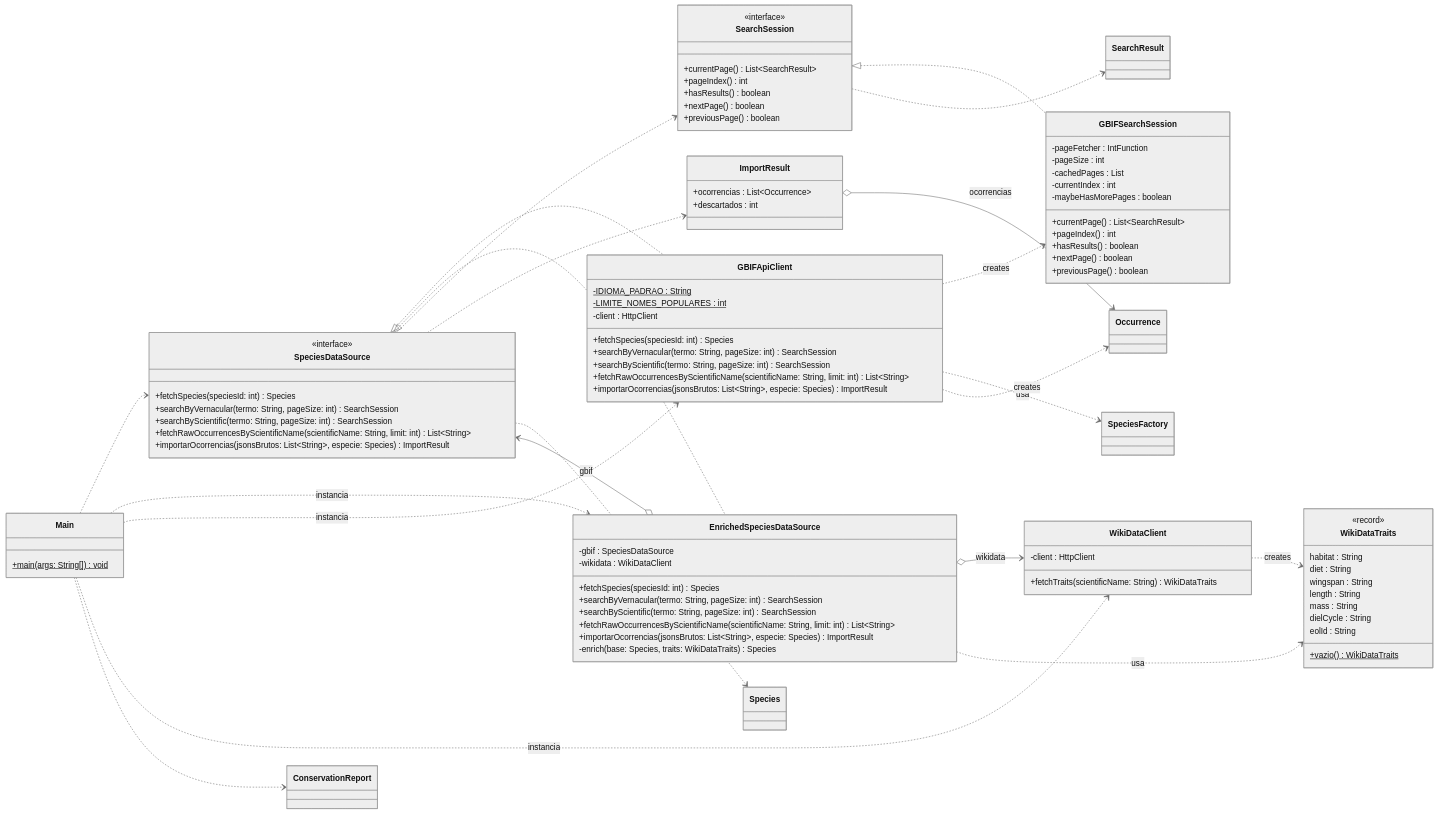
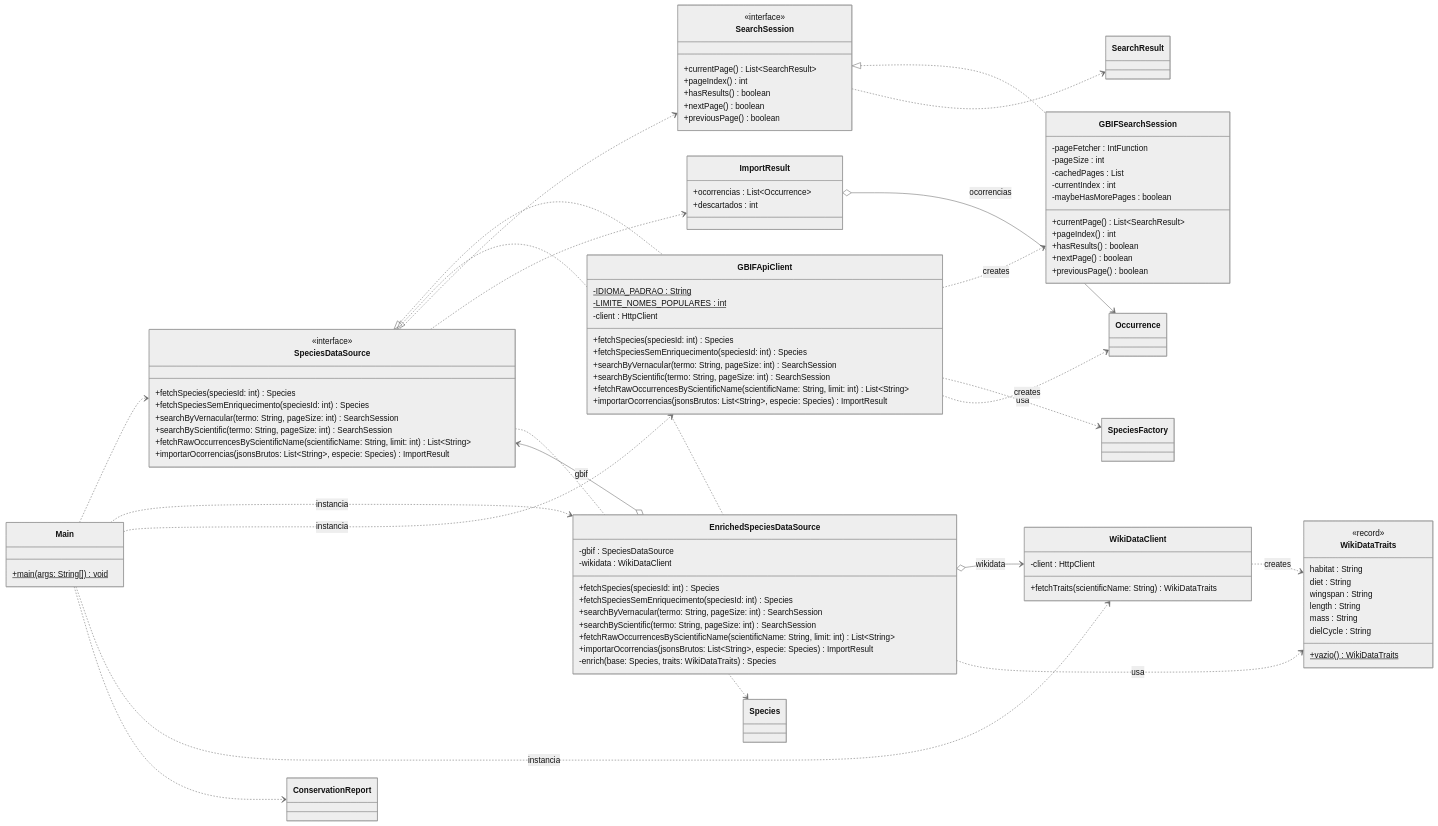
The second of 2 diagrams in README.md (pedroaldias/Projeto-de-Software), drawn with Mermaid (neutral theme) before and after one commit. The commit also changed other lines of this file, not shown here.

Commit message:
docs: atualiza diagrama de classes do README conforme o código atual

```diff
--- a/README.md
+++ b/README.md
@@ -147,6 +143,7 @@
     class SpeciesDataSource {
         <<interface>>
         +fetchSpecies(speciesId: int) Species
+        +fetchSpeciesSemEnriquecimento(speciesId: int) Species
         +searchByVernacular(termo: String, pageSize: int) SearchSession
         +searchByScientific(termo: String, pageSize: int) SearchSession
         +fetchRawOccurrencesByScientificName(scientificName: String, limit: int) List~String~
@@ -167,6 +164,7 @@
         -LIMITE_NOMES_POPULARES : int$
         -client : HttpClient
         +fetchSpecies(speciesId: int) Species
+        +fetchSpeciesSemEnriquecimento(speciesId: int) Species
         +searchByVernacular(termo: String, pageSize: int) SearchSession
         +searchByScientific(termo: String, pageSize: int) SearchSession
         +fetchRawOccurrencesByScientificName(scientificName: String, limit: int) List~String~
@@ -177,6 +175,7 @@
         -gbif : SpeciesDataSource
         -wikidata : WikiDataClient
         +fetchSpecies(speciesId: int) Species
+        +fetchSpeciesSemEnriquecimento(speciesId: int) Species
         +searchByVernacular(termo: String, pageSize: int) SearchSession
         +searchByScientific(termo: String, pageSize: int) SearchSession
         +fetchRawOccurrencesByScientificName(scientificName: String, limit: int) List~String~
@@ -197,7 +196,6 @@
         length : String
         mass : String
         dielCycle : String
-        eolId : String
         +vazio()$ WikiDataTraits
     }
 
```
